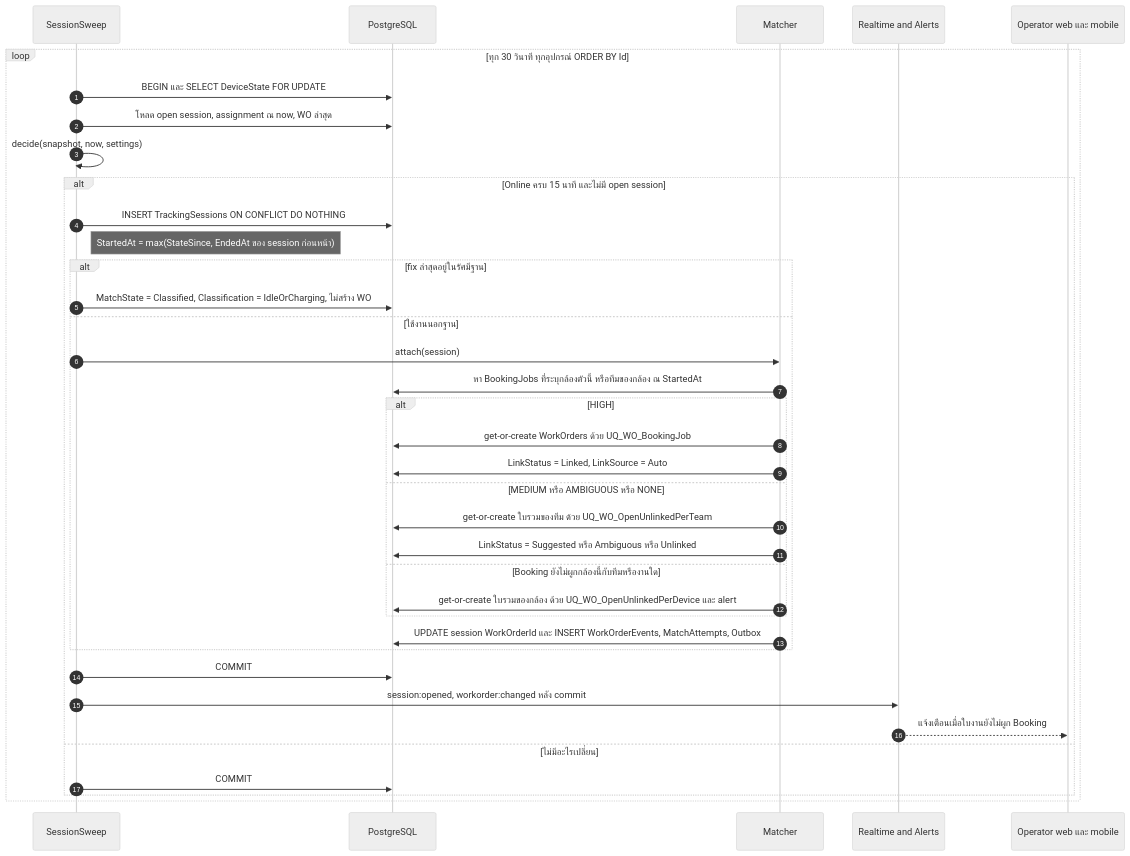
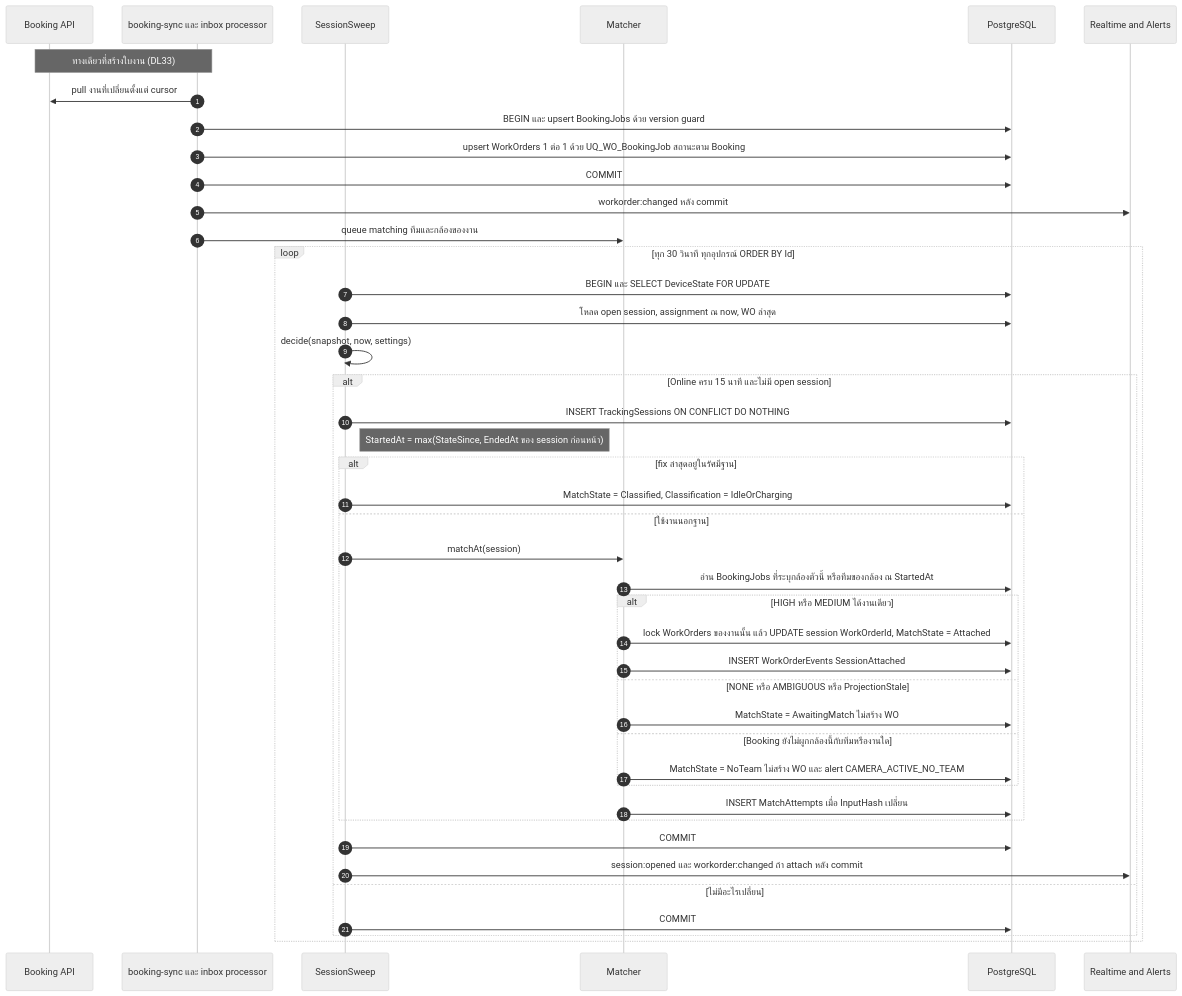
Before and after one commit to b-werayut/psd-bodycam-v1.0: the third of 10 diagrams in docs/blueprint/03-business-workflows.md, drawn with Mermaid (neutral theme). The commit also changed other lines of this file and 304 other files, not shown here.

````diff
--- a/docs/blueprint/03-business-workflows.md
+++ b/docs/blueprint/03-business-workflows.md
@@ -81,40 +79,47 @@
 ```mermaid
 sequenceDiagram
   autonumber
+  participant BK as Booking API
+  participant SY as booking-sync และ inbox processor
   participant SW as SessionSweep
+  participant M as Matcher
   participant DB as PostgreSQL
-  participant M as Matcher
   participant RT as Realtime and Alerts
-  participant OPS as Operator web และ mobile
+
+  Note over BK,SY: ทางเดียวที่สร้างใบงาน (DL33)
+  SY->>BK: pull งานที่เปลี่ยนตั้งแต่ cursor
+  SY->>DB: BEGIN และ upsert BookingJobs ด้วย version guard
+  SY->>DB: upsert WorkOrders 1 ต่อ 1 ด้วย UQ_WO_BookingJob สถานะตาม Booking
+  SY->>DB: COMMIT
+  SY->>RT: workorder:changed หลัง commit
+  SY->>M: queue matching ทีมและกล้องของงาน
 
   loop ทุก 30 วินาที ทุกอุปกรณ์ ORDER BY Id
     SW->>DB: BEGIN และ SELECT DeviceState FOR UPDATE
     SW->>DB: โหลด open session, assignment ณ now, WO ล่าสุด
     SW->>SW: decide(snapshot, now, settings)
     alt Online ครบ 15 นาที และไม่มี open session
       SW->>DB: INSERT TrackingSessions ON CONFLICT DO NOTHING
       Note right of SW: StartedAt = max(StateSince, EndedAt ของ session ก่อนหน้า)
       alt fix ล่าสุดอยู่ในรัศมีฐาน
-        SW->>DB: MatchState = Classified, Classification = IdleOrCharging, ไม่สร้าง WO
+        SW->>DB: MatchState = Classified, Classification = IdleOrCharging
       else ใช้งานนอกฐาน
-        SW->>M: attach(session)
-        M->>DB: หา BookingJobs ที่ระบุกล้องตัวนี้ หรือทีมของกล้อง ณ StartedAt
-        alt HIGH
-          M->>DB: get-or-create WorkOrders ด้วย UQ_WO_BookingJob
-          M->>DB: LinkStatus = Linked, LinkSource = Auto
-        else MEDIUM หรือ AMBIGUOUS หรือ NONE
-          M->>DB: get-or-create ใบรวมของทีม ด้วย UQ_WO_OpenUnlinkedPerTeam
-          M->>DB: LinkStatus = Suggested หรือ Ambiguous หรือ Unlinked
+        SW->>M: matchAt(session)
+        M->>DB: อ่าน BookingJobs ที่ระบุกล้องตัวนี้ หรือทีมของกล้อง ณ StartedAt
+        alt HIGH หรือ MEDIUM ได้งานเดียว
+          M->>DB: lock WorkOrders ของงานนั้น แล้ว UPDATE session WorkOrderId, MatchState = Attached
+          M->>DB: INSERT WorkOrderEvents SessionAttached
+        else NONE หรือ AMBIGUOUS หรือ ProjectionStale
+          M->>DB: MatchState = AwaitingMatch ไม่สร้าง WO
         else Booking ยังไม่ผูกกล้องนี้กับทีมหรืองานใด
-          M->>DB: get-or-create ใบรวมของกล้อง ด้วย UQ_WO_OpenUnlinkedPerDevice และ alert
+          M->>DB: MatchState = NoTeam ไม่สร้าง WO และ alert CAMERA_ACTIVE_NO_TEAM
         end
-        M->>DB: UPDATE session WorkOrderId และ INSERT WorkOrderEvents, MatchAttempts, Outbox
+        M->>DB: INSERT MatchAttempts เมื่อ InputHash เปลี่ยน
       end
       SW->>DB: COMMIT
-      SW->>RT: session:opened, workorder:changed หลัง commit
-      RT-->>OPS: แจ้งเตือนเมื่อใบงานยังไม่ผูก Booking
+      SW->>RT: session:opened และ workorder:changed ถ้า attach หลัง commit
     else ไม่มีอะไรเปลี่ยน
       SW->>DB: COMMIT
     end
   end
 ```
````
